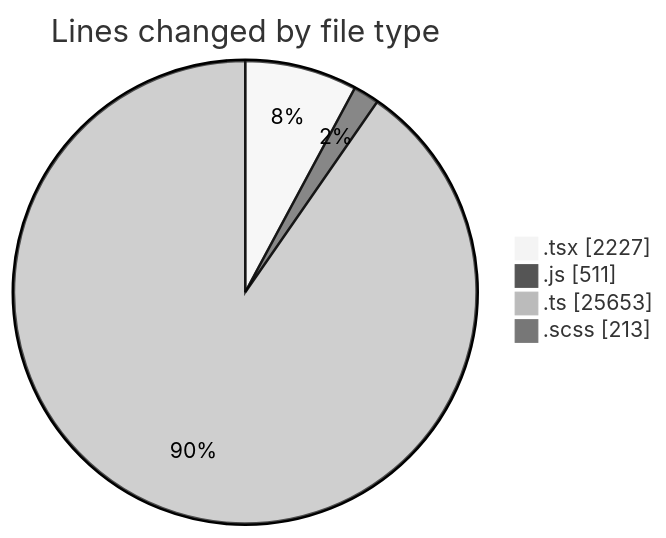
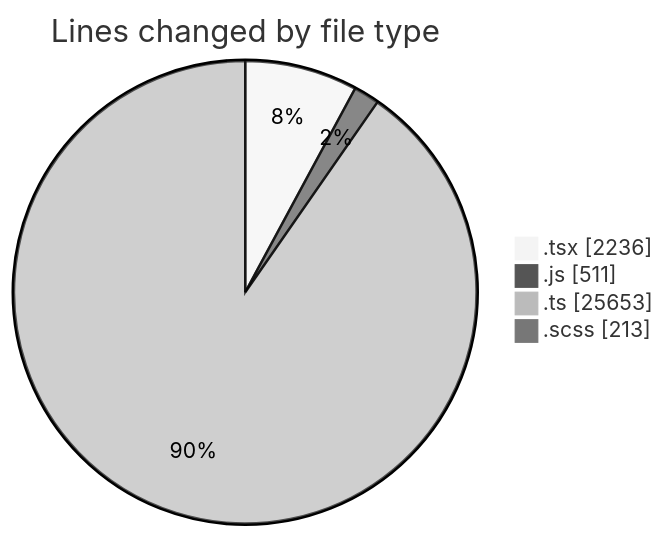
The first of 2 diagrams in 2025-06-30/cda/README.md (momahboobian/code-tracking), drawn with Mermaid (neutral theme) before and after one commit. The commit also changed other lines of this file and 1 other file, not shown here.

````diff
--- a/2025-06-30/cda/README.md
+++ b/2025-06-30/cda/README.md
@@ -41,8 +41,8 @@
 ```mermaid
 pie showData
 title Lines changed by file type
-".tsx" : 2227
+".tsx" : 2236
 ".js" : 511
 ".ts" : 25653
 ".scss" : 213
 ```
````
